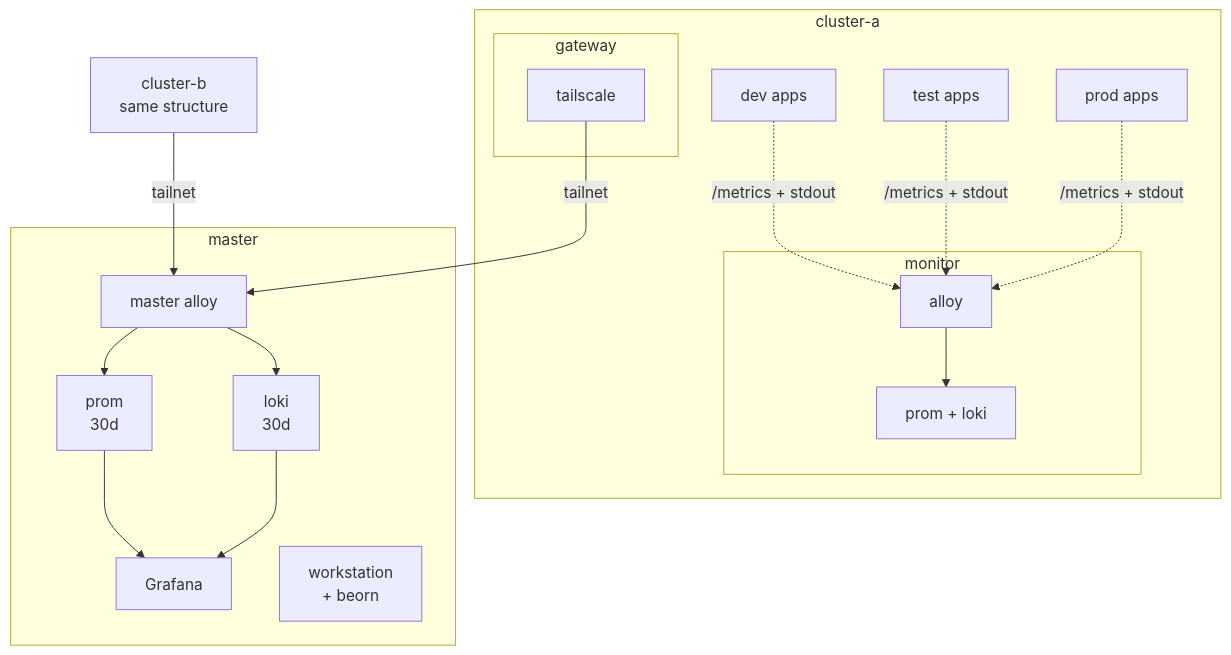
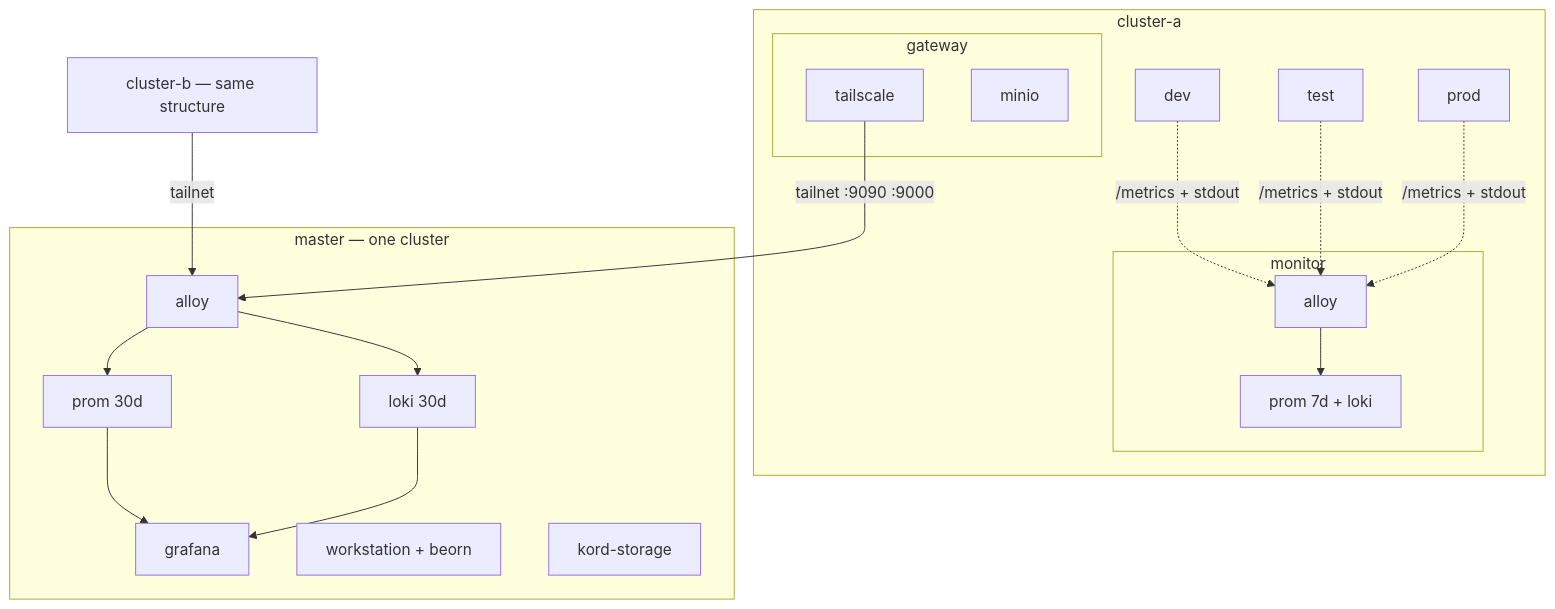
One commit to Kord96/kordinate changed the first of 2 diagrams in docs/infra/infrastructure.md. Above: the diagram before and after it, drawn with Mermaid. The commit also changed other lines of this file, not shown here.

First line of the commit message:
Rewrite infrastructure docs — architecture first, deployer second

````diff
--- a/docs/infra/infrastructure.md
+++ b/docs/infra/infrastructure.md
@@ -77,28 +16,28 @@
-    ```mermaid
-    flowchart TB
-        subgraph CA[cluster-a]
-            A1[dev apps] & A2[test apps] & A3[prod apps]
+```mermaid
+flowchart TB
+    subgraph CA[cluster-a]
+        A1[dev] & A2[test] & A3[prod]
 
-            subgraph mon-a[monitor]
-                GA[alloy] --> PA[prom + loki]
-            end
-
-            subgraph gw-a[gateway]
-                GWT[tailscale]
-            end
-
-            A1 & A2 & A3 -.->|/metrics + stdout| GA
+        subgraph mon-a[monitor]
+            GA[alloy] --> PA[prom 7d + loki]
         end
 
-        subgraph M[master]
-            MA[master alloy] --> MP[prom<br/>30d] & ML[loki<br/>30d]
-            MP & ML --> G[Grafana]
-            WS[workstation<br/>+ beorn]
+        subgraph gw-a[gateway]
+            GWT[tailscale]
+            MIO[minio]
         end
 
-        GWT -->|tailnet| MA
+        A1 & A2 & A3 -.->|/metrics + stdout| GA
+    end
 
-        CB[cluster-b<br/>same structure]
+    subgraph M[master — one cluster]
+        MA[alloy] --> MP[prom 30d] & ML[loki 30d]
+        MP & ML --> G[grafana]
+        WS[workstation + beorn]
+        KS[kord-storage]
+    end
 
-        CB -->|tailnet| MA
-    ```
+    GWT -->|tailnet :9090 :9000| MA
+
+    CB[cluster-b — same structure] -->|tailnet| MA
+```
````
